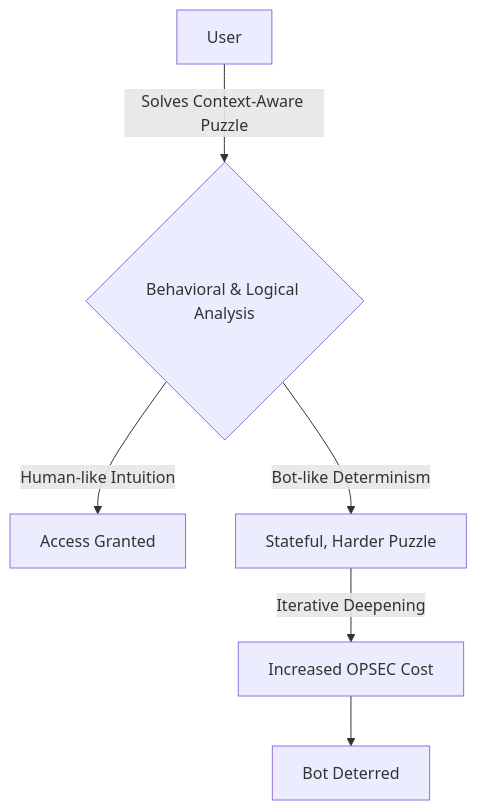
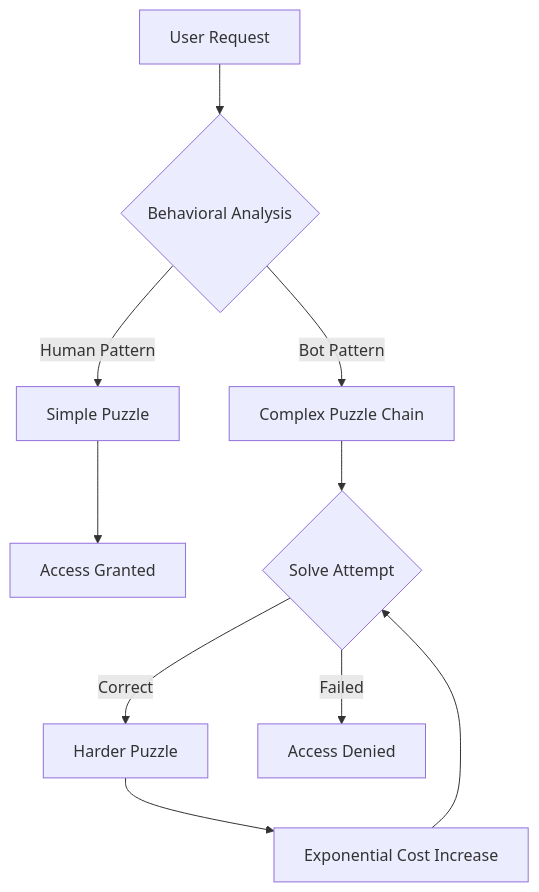
Before and after one commit to Saranoah/The-Paradox-Loop-CAPTCHA: the diagram in README.md, drawn with Mermaid. The commit also changed other lines of this file, not shown here.

````diff
--- a/README.md
+++ b/README.md
@@ -24,8 +15,12 @@
 ```mermaid
 graph TD
-    A[User] -->|Solves Context-Aware Puzzle| B{Behavioral & Logical Analysis}
-    B -->|Human-like Intuition| C[Access Granted]
-    B -->|Bot-like Determinism| D[Stateful, Harder Puzzle]
-    D -->|Iterative Deepening| E[Increased OPSEC Cost]
-    E --> F[Bot Deterred]
+    A[User Request] --> B{Behavioral Analysis}
+    B -->|Human Pattern| C[Simple Puzzle]
+    B -->|Bot Pattern| D[Complex Puzzle Chain]
+    C --> E[Access Granted]
+    D --> F{Solve Attempt}
+    F -->|Correct| G[Harder Puzzle]
+    F -->|Failed| H[Access Denied]
+    G --> I[Exponential Cost Increase]
+    I --> F
 ```
````
